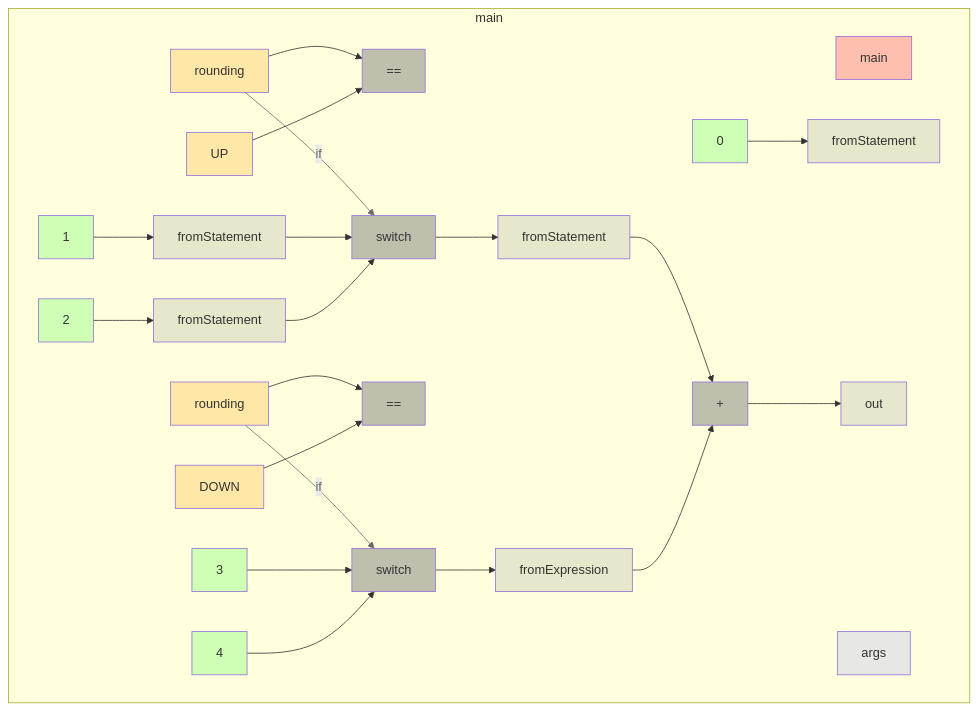
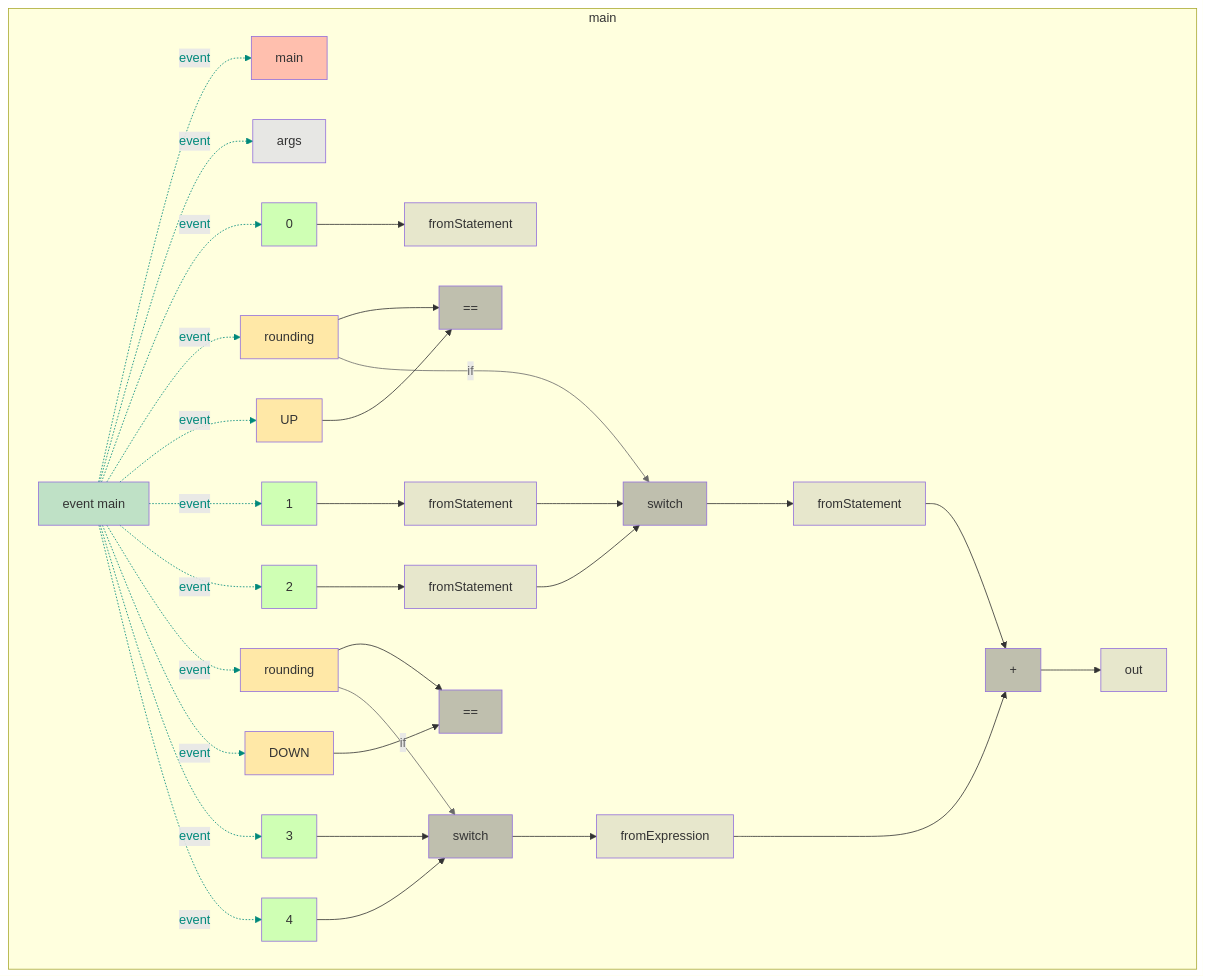
The diagram in app/src/test/resources/externalEnumSwitch/snapshot.md (gstiebler/codeflow), drawn with Mermaid before and after one commit. The commit also changed 77 other files, not shown here.

````diff
--- a/app/src/test/resources/externalEnumSwitch/snapshot.md
+++ b/app/src/test/resources/externalEnumSwitch/snapshot.md
@@ -1,54 +1,78 @@
 ```mermaid
 flowchart TD
   subgraph b0["main"]
-    n1[main]:::RETURN
-    n2[args]:::FUNC_PARAM
-    n3[0]:::LITERAL
-    n4[fromStatement]:::VARIABLE
-    n5[rounding]:::EXTERNAL
-    n6[UP]:::EXTERNAL
-    n7[==]:::BIN_OP
-    n8[1]:::LITERAL
-    n9[fromStatement]:::VARIABLE
-    n10[2]:::LITERAL
-    n11[fromStatement]:::VARIABLE
-    n12[switch]:::BIN_OP
-    n13[fromStatement]:::VARIABLE
-    n14[rounding]:::EXTERNAL
-    n15[DOWN]:::EXTERNAL
-    n16[==]:::BIN_OP
-    n17[3]:::LITERAL
-    n18[4]:::LITERAL
-    n19[switch]:::BIN_OP
-    n20[fromExpression]:::VARIABLE
-    n21[+]:::BIN_OP
-    n22[out]:::VARIABLE
-    n3[0]:::LITERAL --> n4[fromStatement]:::VARIABLE
-    n5[rounding]:::EXTERNAL --> n7[==]:::BIN_OP
-    n5[rounding]:::EXTERNAL -->|if| n12[switch]:::BIN_OP
-    n6[UP]:::EXTERNAL --> n7[==]:::BIN_OP
-    n8[1]:::LITERAL --> n9[fromStatement]:::VARIABLE
-    n9[fromStatement]:::VARIABLE --> n12[switch]:::BIN_OP
-    n10[2]:::LITERAL --> n11[fromStatement]:::VARIABLE
-    n11[fromStatement]:::VARIABLE --> n12[switch]:::BIN_OP
-    n12[switch]:::BIN_OP --> n13[fromStatement]:::VARIABLE
-    n13[fromStatement]:::VARIABLE --> n21[+]:::BIN_OP
-    n14[rounding]:::EXTERNAL --> n16[==]:::BIN_OP
-    n14[rounding]:::EXTERNAL -->|if| n19[switch]:::BIN_OP
-    n15[DOWN]:::EXTERNAL --> n16[==]:::BIN_OP
-    n17[3]:::LITERAL --> n19[switch]:::BIN_OP
-    n18[4]:::LITERAL --> n19[switch]:::BIN_OP
-    n19[switch]:::BIN_OP --> n20[fromExpression]:::VARIABLE
-    n20[fromExpression]:::VARIABLE --> n21[+]:::BIN_OP
-    n21[+]:::BIN_OP --> n22[out]:::VARIABLE
+    n1[event main]:::EVENT
+    n2[main]:::RETURN
+    n3[args]:::FUNC_PARAM
+    n4[0]:::LITERAL
+    n5[fromStatement]:::VARIABLE
+    n6[rounding]:::EXTERNAL
+    n7[UP]:::EXTERNAL
+    n8[==]:::BIN_OP
+    n9[1]:::LITERAL
+    n10[fromStatement]:::VARIABLE
+    n11[2]:::LITERAL
+    n12[fromStatement]:::VARIABLE
+    n13[switch]:::BIN_OP
+    n14[fromStatement]:::VARIABLE
+    n15[rounding]:::EXTERNAL
+    n16[DOWN]:::EXTERNAL
+    n17[==]:::BIN_OP
+    n18[3]:::LITERAL
+    n19[4]:::LITERAL
+    n20[switch]:::BIN_OP
+    n21[fromExpression]:::VARIABLE
+    n22[+]:::BIN_OP
+    n23[out]:::VARIABLE
+    n1[event main]:::EVENT -. event .-> n2[main]:::RETURN
+    n1[event main]:::EVENT -. event .-> n3[args]:::FUNC_PARAM
+    n1[event main]:::EVENT -. event .-> n4[0]:::LITERAL
+    n1[event main]:::EVENT -. event .-> n6[rounding]:::EXTERNAL
+    n1[event main]:::EVENT -. event .-> n7[UP]:::EXTERNAL
+    n1[event main]:::EVENT -. event .-> n9[1]:::LITERAL
+    n1[event main]:::EVENT -. event .-> n11[2]:::LITERAL
+    n1[event main]:::EVENT -. event .-> n15[rounding]:::EXTERNAL
+    n1[event main]:::EVENT -. event .-> n16[DOWN]:::EXTERNAL
+    n1[event main]:::EVENT -. event .-> n18[3]:::LITERAL
+    n1[event main]:::EVENT -. event .-> n19[4]:::LITERAL
+    n4[0]:::LITERAL --> n5[fromStatement]:::VARIABLE
+    n6[rounding]:::EXTERNAL --> n8[==]:::BIN_OP
+    n6[rounding]:::EXTERNAL -->|if| n13[switch]:::BIN_OP
+    n7[UP]:::EXTERNAL --> n8[==]:::BIN_OP
+    n9[1]:::LITERAL --> n10[fromStatement]:::VARIABLE
+    n10[fromStatement]:::VARIABLE --> n13[switch]:::BIN_OP
+    n11[2]:::LITERAL --> n12[fromStatement]:::VARIABLE
+    n12[fromStatement]:::VARIABLE --> n13[switch]:::BIN_OP
+    n13[switch]:::BIN_OP --> n14[fromStatement]:::VARIABLE
+    n14[fromStatement]:::VARIABLE --> n22[+]:::BIN_OP
+    n15[rounding]:::EXTERNAL --> n17[==]:::BIN_OP
+    n15[rounding]:::EXTERNAL -->|if| n20[switch]:::BIN_OP
+    n16[DOWN]:::EXTERNAL --> n17[==]:::BIN_OP
+    n18[3]:::LITERAL --> n20[switch]:::BIN_OP
+    n19[4]:::LITERAL --> n20[switch]:::BIN_OP
+    n20[switch]:::BIN_OP --> n21[fromExpression]:::VARIABLE
+    n21[fromExpression]:::VARIABLE --> n22[+]:::BIN_OP
+    n22[+]:::BIN_OP --> n23[out]:::VARIABLE
   end
-  linkStyle 2 stroke:#6a6a6a,color:#6a6a6a
-  linkStyle 11 stroke:#6a6a6a,color:#6a6a6a
+  linkStyle 0 stroke:#00897b,color:#00897b
+  linkStyle 1 stroke:#00897b,color:#00897b
+  linkStyle 2 stroke:#00897b,color:#00897b
+  linkStyle 3 stroke:#00897b,color:#00897b
+  linkStyle 4 stroke:#00897b,color:#00897b
+  linkStyle 5 stroke:#00897b,color:#00897b
+  linkStyle 6 stroke:#00897b,color:#00897b
+  linkStyle 7 stroke:#00897b,color:#00897b
+  linkStyle 8 stroke:#00897b,color:#00897b
+  linkStyle 9 stroke:#00897b,color:#00897b
+  linkStyle 10 stroke:#00897b,color:#00897b
+  linkStyle 13 stroke:#6a6a6a,color:#6a6a6a
+  linkStyle 22 stroke:#6a6a6a,color:#6a6a6a
   classDef LITERAL fill:#00FF0030
   classDef VARIABLE fill:#80808030
   classDef BIN_OP fill:#80808080
   classDef FUNC_PARAM fill:#8080FF30
   classDef RETURN fill:#FF808080
   classDef EXTERNAL fill:#FFA50040
   classDef UNMODELLED fill:#FF000030,stroke-dasharray: 4 2
+  classDef EVENT fill:#00897B40
 ```
````
